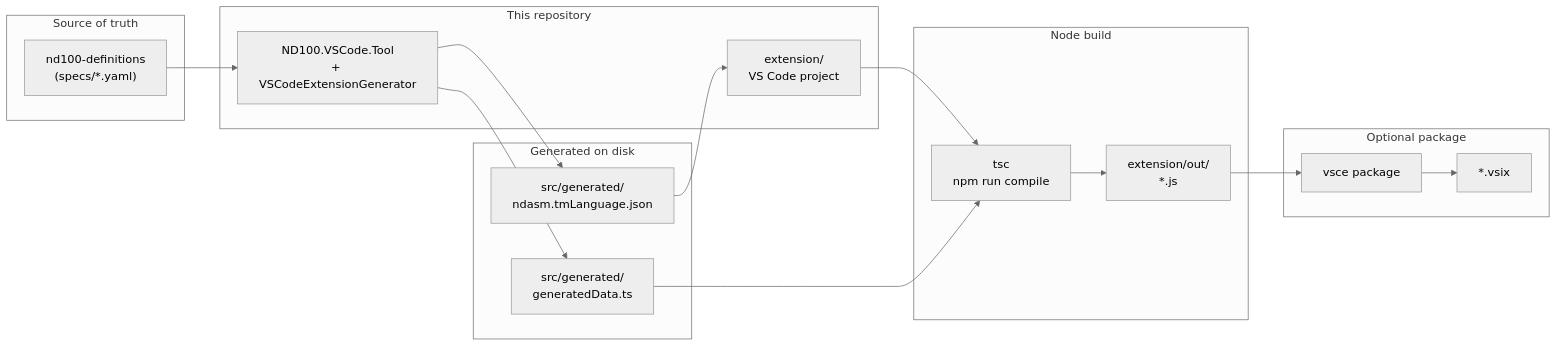
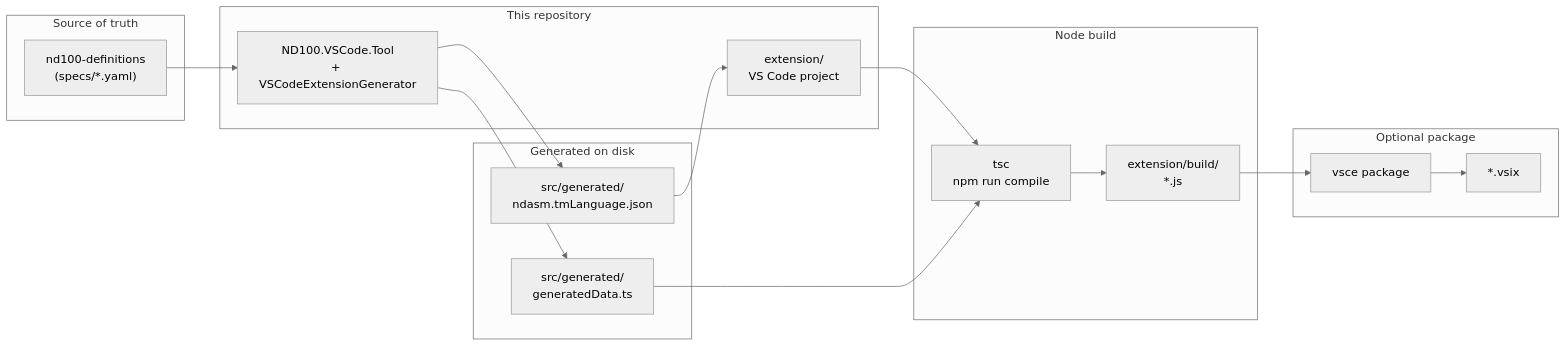
The first of 2 diagrams in README.md (RetroCoreLabs/vscode-nd-dev), drawn with Mermaid (neutral theme) before and after one commit. The commit also changed other lines of this file and 11 other files, not shown here.

First line of the commit message:
fix: emit TypeScript to extension/build instead of out

````diff
--- a/README.md
+++ b/README.md
@@ -63,31 +63,31 @@
 ```mermaid
 flowchart LR
   subgraph specs [Source of truth]
     YAML["nd100-definitions\n(specs/*.yaml)"]
   end
   subgraph repo [This repository]
     EXT["extension/\nVS Code project"]
     TOOL["ND100.VSCode.Tool\n+ VSCodeExtensionGenerator"]
   end
   subgraph gen [Generated on disk]
     GD["src/generated/\ngeneratedData.ts"]
     TM["src/generated/\nndasm.tmLanguage.json"]
   end
   subgraph build [Node build]
     TSC["tsc\nnpm run compile"]
-    OUT["extension/out/\n*.js"]
+    OUT["extension/build/\n*.js"]
   end
   subgraph ship [Optional package]
     VSCE["vsce package"]
     VSIX["*.vsix"]
   end
   YAML --> TOOL
   TOOL --> GD
   TOOL --> TM
   EXT --> TSC
   GD --> TSC
   TM --> EXT
   TSC --> OUT
   OUT --> VSCE
   VSCE --> VSIX
 ```
````
